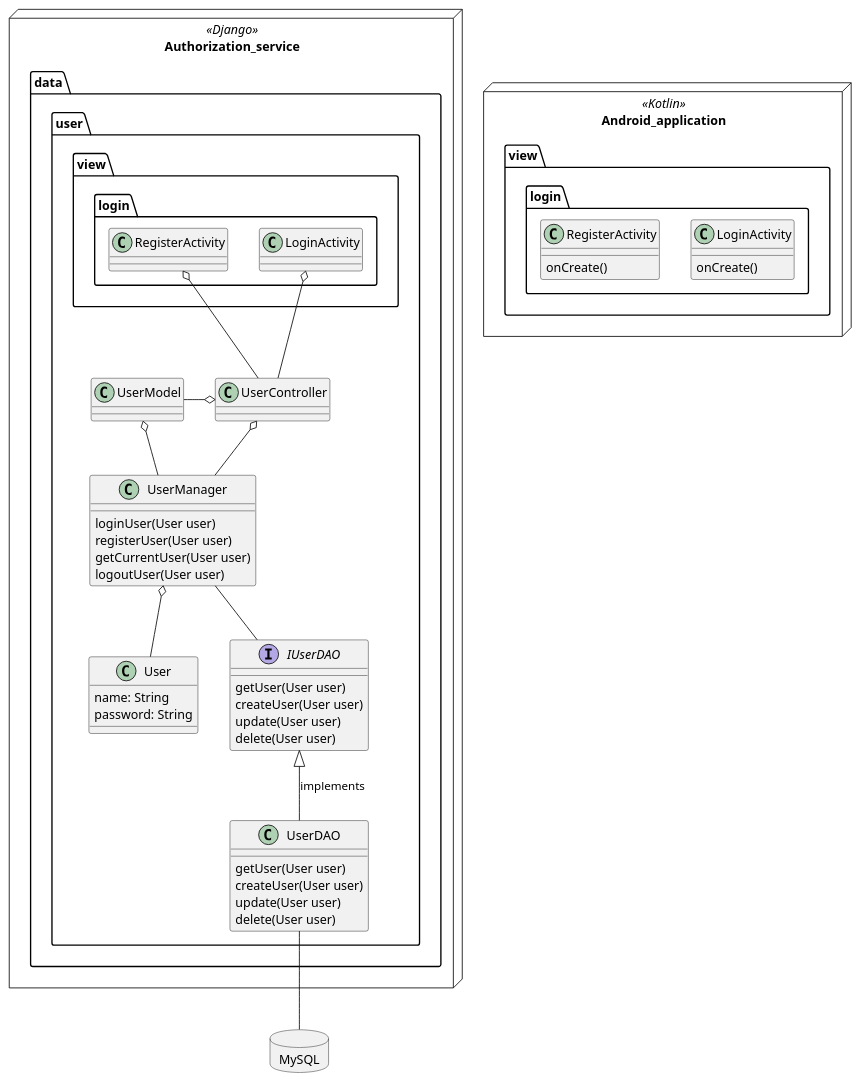
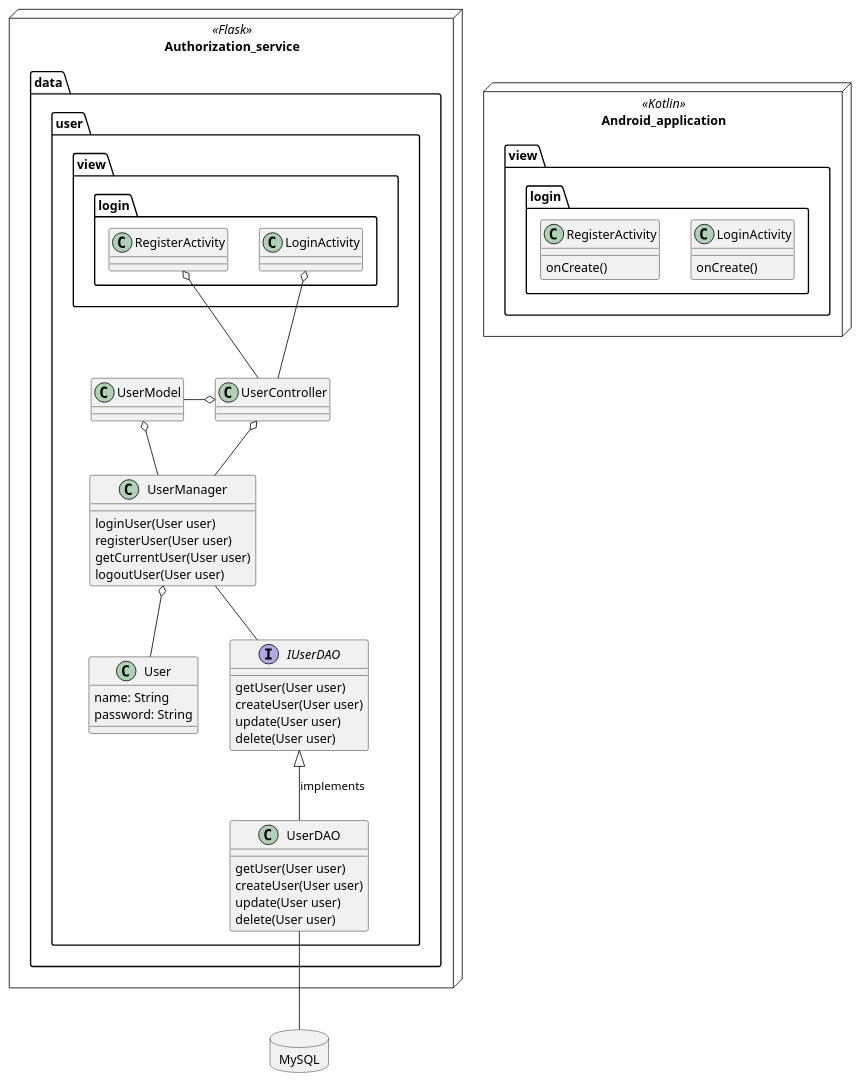
One commit to Ataches/MiCosecha_Design changed the diagram in Class_diagrams/Login.puml. Above: the diagram before and after it, drawn with PlantUML. The commit also changed 10 other files, not shown here.

Commit message:
fix: diagrams

```diff
--- a/Class_diagrams/Login.puml
+++ b/Class_diagrams/Login.puml
@@ -1,60 +1,60 @@
 @startuml
 'https://plantuml.com/class-diagram
 
 
 node Android_application <<Kotlin>> {
     namespace view.login {
         class LoginActivity  {
             onCreate()
         }
         class RegisterActivity  {
             onCreate()
         }
     }
 }
 
 package MySQL <<Database>> {
 }
 
-node Authorization_service <<Django>> {
+node Authorization_service <<Flask>> {
     namespace data.user {
         class UserController {
         }
         class UserManager {
             loginUser(User user)
             registerUser(User user)
             getCurrentUser(User user)
             logoutUser(User user)
         }
         class UserModel {
         }
         class User {
             name: String
             password: String
         }
         interface IUserDAO {
             getUser(User user)
             createUser(User user)
             update(User user)
             delete(User user)
         }
         class UserDAO {
             getUser(User user)
             createUser(User user)
             update(User user)
             delete(User user)
         }
 
         UserManager o-- User
         IUserDAO  <|-- UserDAO :implements
         UserDAO -- MySQL
         view.login.LoginActivity o-- UserController
         UserModel o- UserManager
         UserModel -o UserController
         UserController -o view.login.RegisterActivity
         UserController o-- UserManager
         UserManager -- IUserDAO
     }
 }
 
 @enduml
```
